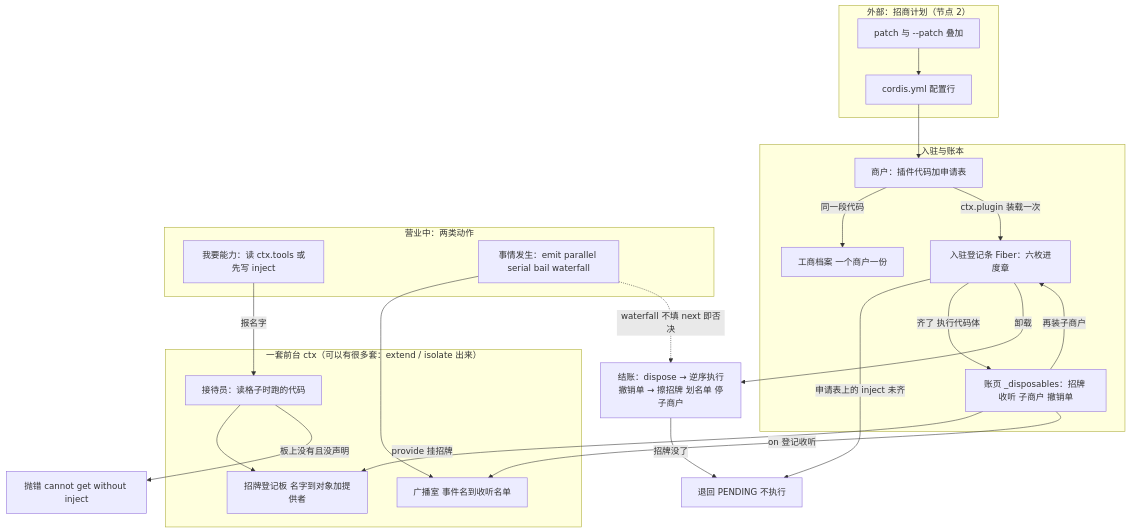
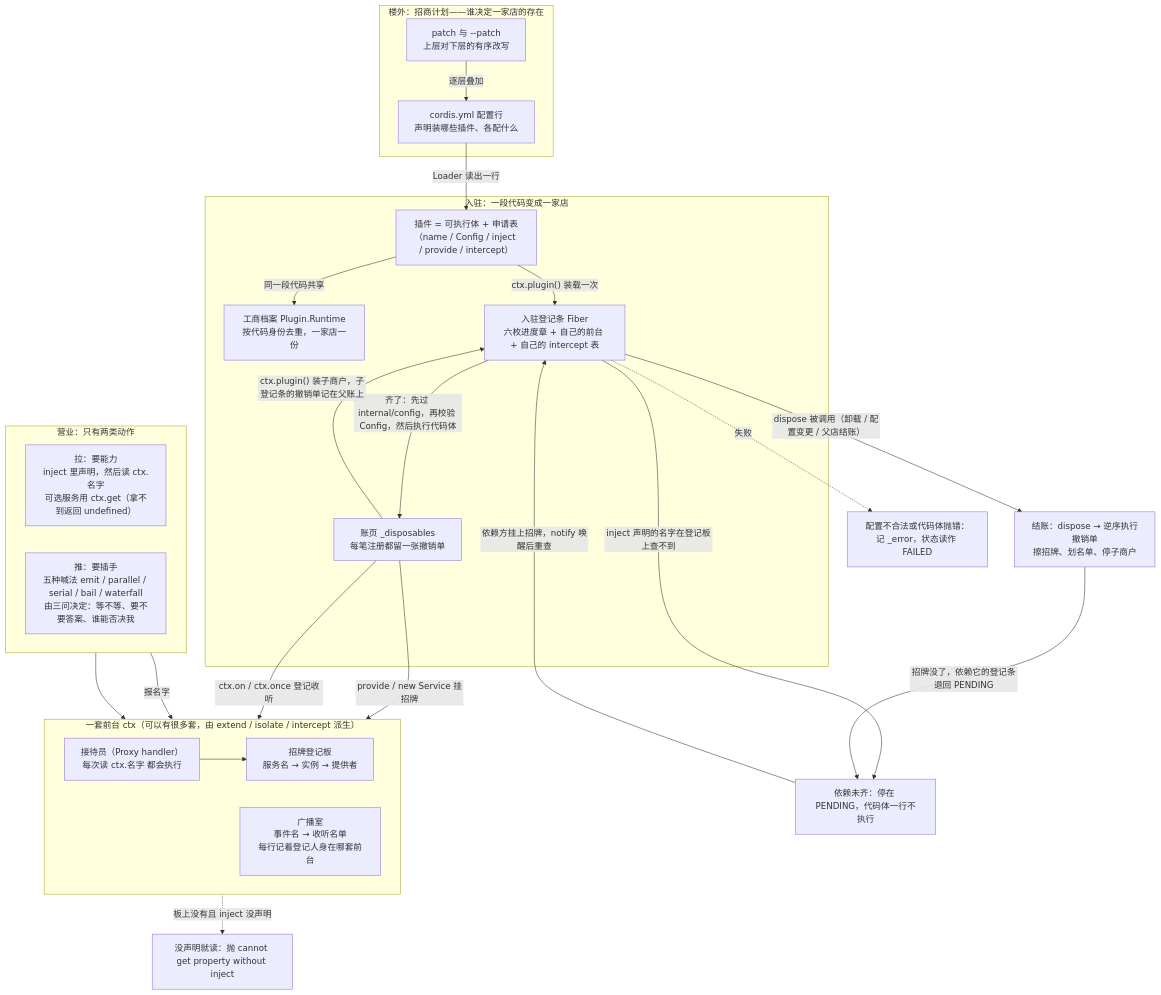
One commit to zhm20001/deepseek-harness changed the first of 4 diagrams in lessons/01-system-map.md. Above: the diagram before and after it, drawn with Mermaid. The commit also changed other lines of this file and 5 other files, not shown here.

Commit message:
docs(personal): land lessons 1-2 notes, redraw system map with sequence diagrams

````diff
--- a/lessons/01-system-map.md
+++ b/lessons/01-system-map.md
@@ -46,44 +56,50 @@
 ```mermaid
 flowchart TB
-  subgraph CFG["外部：招商计划（节点 2）"]
-    YML["cordis.yml 配置行"]
-    PATCH["patch 与 --patch 叠加"]
+  subgraph CFG["楼外：招商计划——谁决定一家店的存在"]
+    YML["cordis.yml 配置行<br/>声明装哪些插件、各配什么"]
+    PATCH["patch 与 --patch<br/>上层对下层的有序改写"]
   end
 
-  subgraph CTX["一套前台 ctx（可以有很多套：extend / isolate 出来）"]
-    PROXY["接待员：读格子时跑的代码"]
-    BOARD["招牌登记板 名字到对象加提供者"]
-    HOOKS["广播室 事件名到收听名单"]
+  subgraph CTX["一套前台 ctx（可以有很多套，由 extend / isolate / intercept 派生）"]
+    direction LR
+    PROXY["接待员（Proxy handler）<br/>每次读 ctx.名字 都会执行"]
+    BOARD["招牌登记板<br/>服务名 → 实例 → 提供者"]
+    HOOKS["广播室<br/>事件名 → 收听名单<br/>每行记着登记人身在哪套前台"]
   end
 
-  subgraph REG["入驻与账本"]
-    PLG["商户：插件代码加申请表"]
-    RT["工商档案 一个商户一份"]
-    FB["入驻登记条 Fiber：六枚进度章"]
-    AC["账页 _disposables：招牌 收听 子商户 撤销单"]
+  subgraph REG["入驻：一段代码变成一家店"]
+    PLG["插件 = 可执行体 + 申请表<br/>（name / Config / inject / provide / intercept）"]
+    RT["工商档案 Plugin.Runtime<br/>按代码身份去重，一家店一份"]
+    FB["入驻登记条 Fiber<br/>六枚进度章 + 自己的前台 + 自己的 intercept 表"]
+    AC["账页 _disposables<br/>每笔注册都留一张撤销单"]
   end
 
-  subgraph RUN["营业中：两类动作"]
-    WANT["我要能力：读 ctx.tools 或先写 inject"]
-    BELL["事情发生：emit parallel serial bail waterfall"]
+  subgraph RUN["营业：只有两类动作"]
+    direction LR
+    WANT["拉：要能力<br/>inject 里声明，然后读 ctx.名字<br/>可选服务用 ctx.get（拿不到返回 undefined）"]
+    BELL["推：要插手<br/>五种喊法 emit / parallel / serial / bail / waterfall<br/>由三问决定：等不等、要不要答案、谁能否决我"]
   end
 
-  DEAD["结账：dispose → 逆序执行撤销单 → 擦招牌 划名单 停子商户"]
+  PEND["依赖未齐：停在 PENDING，代码体一行不执行"]
+  ERR["没声明就读：抛 cannot get property without inject"]
+  FAIL["配置不合法或代码体抛错：记 _error，状态读作 FAILED"]
+  DEAD["结账：dispose → 逆序执行撤销单<br/>擦招牌、划名单、停子商户"]
 
-  YML --> PLG
-  PATCH --> YML
-  PLG -->|"同一段代码"| RT
-  PLG -->|"ctx.plugin 装载一次"| FB
-  FB -->|"申请表上的 inject 未齐"| PEND["退回 PENDING 不执行"]
-  FB -->|"齐了 执行代码体"| AC
-  AC -->|"provide 挂招牌"| BOARD
-  AC -->|"on 登记收听"| HOOKS
-  AC -->|"再装子商户"| FB
+  YML -->|"Loader 读出一行"| PLG
+  PATCH -->|"逐层叠加"| YML
+  PLG -->|"同一段代码共享"| RT
+  PLG -->|"ctx.plugin() 装载一次"| FB
+  FB -->|"inject 声明的名字在登记板上查不到"| PEND
+  PEND -->|"依赖方挂上招牌，notify 唤醒后重查"| FB
+  FB -->|"齐了：先过 internal/config，再校验 Config，然后执行代码体"| AC
+  FB -.->|"失败"| FAIL
+  AC -->|"provide / new Service 挂招牌"| BOARD
+  AC -->|"ctx.on / ctx.once 登记收听"| HOOKS
+  AC -->|"ctx.plugin() 装子商户，子登记条的撤销单记在父账上"| FB
   WANT -->|"报名字"| PROXY
   PROXY --> BOARD
-  PROXY -->|"板上没有且没声明"| ERR["抛错 cannot get without inject"]
+  PROXY -.->|"板上没有且 inject 没声明"| ERR
   BELL --> HOOKS
-  BELL -.->|"waterfall 不填 next 即否决"| DEAD
-  FB -->|"卸载"| DEAD
-  DEAD -->|"招牌没了"| PEND
+  FB -->|"dispose 被调用（卸载 / 配置变更 / 父店结账）"| DEAD
+  DEAD -->|"招牌没了，依赖它的登记条退回 PENDING"| PEND
 ```
````
